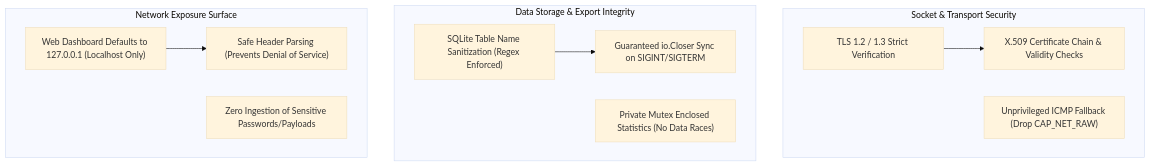
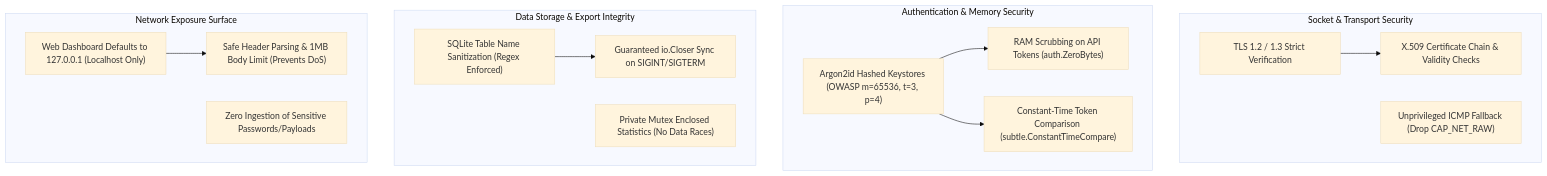
The fifth of 5 diagrams in ARCHITECTURE.md (edsilegxrepo/netping), drawn with Mermaid (base theme) before and after one commit. The commit also changed other lines of this file and 8 other files, not shown here.

````diff
--- a/ARCHITECTURE.md
+++ b/ARCHITECTURE.md
@@ -288,24 +298,32 @@
 ```mermaid
 graph TB
     subgraph SocketSecurity ["Socket & Transport Security"]
         TLSVal["TLS 1.2 / 1.3 Strict Verification"]
         CertChecks["X.509 Certificate Chain & Validity Checks"]
         RawSocketDrop["Unprivileged ICMP Fallback (Drop CAP_NET_RAW)"]
+    end
+
+    subgraph AuthSecurity ["Authentication & Memory Security"]
+        ArgonHash["Argon2id Hashed Keystores (OWASP m=65536, t=3, p=4)"]
+        MemScrub["RAM Scrubbing on API Tokens (auth.ZeroBytes)"]
+        TimeConstant["Constant-Time Token Comparison (subtle.ConstantTimeCompare)"]
     end
 
     subgraph DataIntegrity ["Data Storage & Export Integrity"]
         SQLSanitize["SQLite Table Name Sanitization (Regex Enforced)"]
         BufferSync["Guaranteed io.Closer Sync on SIGINT/SIGTERM"]
         MemoryIsolation["Private Mutex Enclosed Statistics (No Data Races)"]
     end
 
     subgraph NetworkSurface ["Network Exposure Surface"]
         LoopbackOnly["Web Dashboard Defaults to 127.0.0.1 (Localhost Only)"]
-        ReadHeaders["Safe Header Parsing (Prevents Denial of Service)"]
+        ReadHeaders["Safe Header Parsing & 1MB Body Limit (Prevents DoS)"]
         NoAuthData["Zero Ingestion of Sensitive Passwords/Payloads"]
     end
 
     TLSVal --> CertChecks
+    ArgonHash --> MemScrub
+    ArgonHash --> TimeConstant
     SQLSanitize --> BufferSync
     LoopbackOnly --> ReadHeaders
 ```
````
